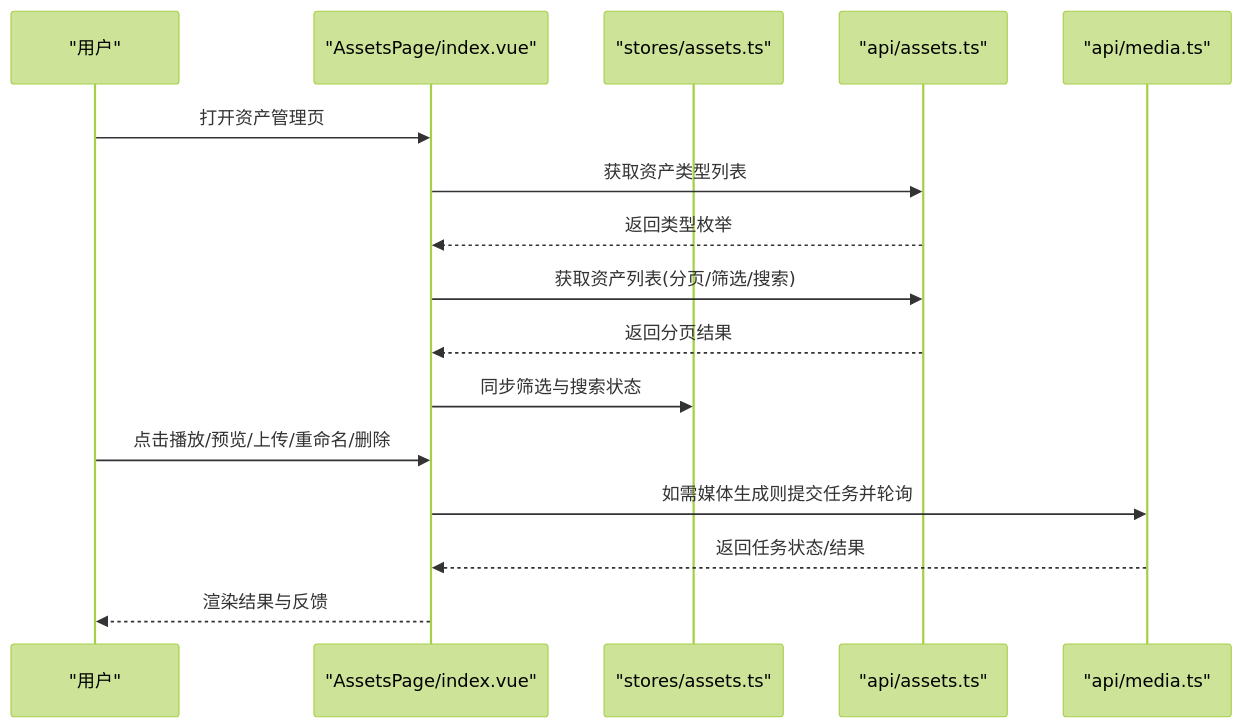
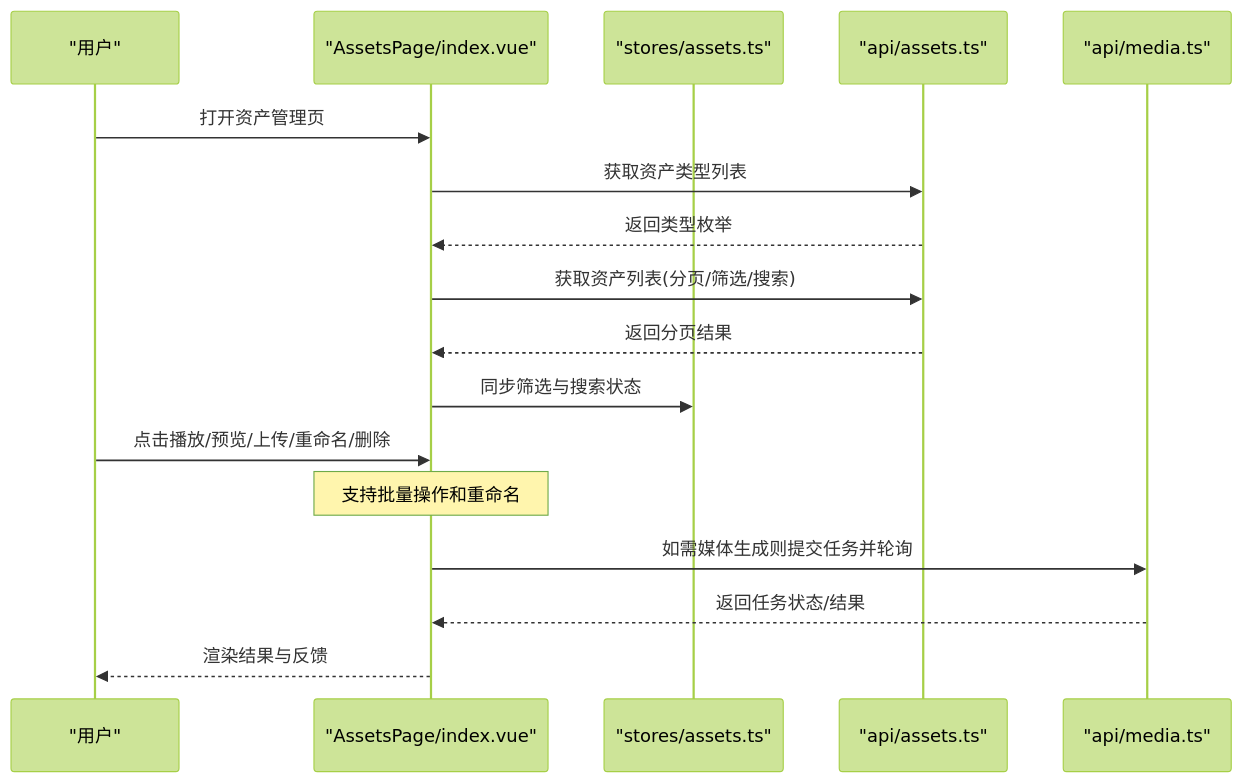
One commit to cyu100235/lingjing-ai changed the second of 11 diagrams in .qoder/repowiki/zh/content/核心功能模块/资产管理.md. Above: the diagram before and after it, drawn with Mermaid (forest theme). The commit also changed other lines of this file and 12 other files, not shown here.

````diff
--- a/.qoder/repowiki/zh/content/核心功能模块/资产管理.md
+++ b/.qoder/repowiki/zh/content/核心功能模块/资产管理.md
@@ -80,18 +111,19 @@
 ```mermaid
 sequenceDiagram
 participant U as "用户"
 participant V as "AssetsPage/index.vue"
 participant S as "stores/assets.ts"
 participant API as "api/assets.ts"
 participant MAPI as "api/media.ts"
 U->>V : 打开资产管理页
 V->>API : 获取资产类型列表
 API-->>V : 返回类型枚举
 V->>API : 获取资产列表(分页/筛选/搜索)
 API-->>V : 返回分页结果
 V->>S : 同步筛选与搜索状态
 U->>V : 点击播放/预览/上传/重命名/删除
+Note over V : 支持批量操作和重命名
 V->>MAPI : 如需媒体生成则提交任务并轮询
 MAPI-->>V : 返回任务状态/结果
 V-->>U : 渲染结果与反馈
 ```
````
